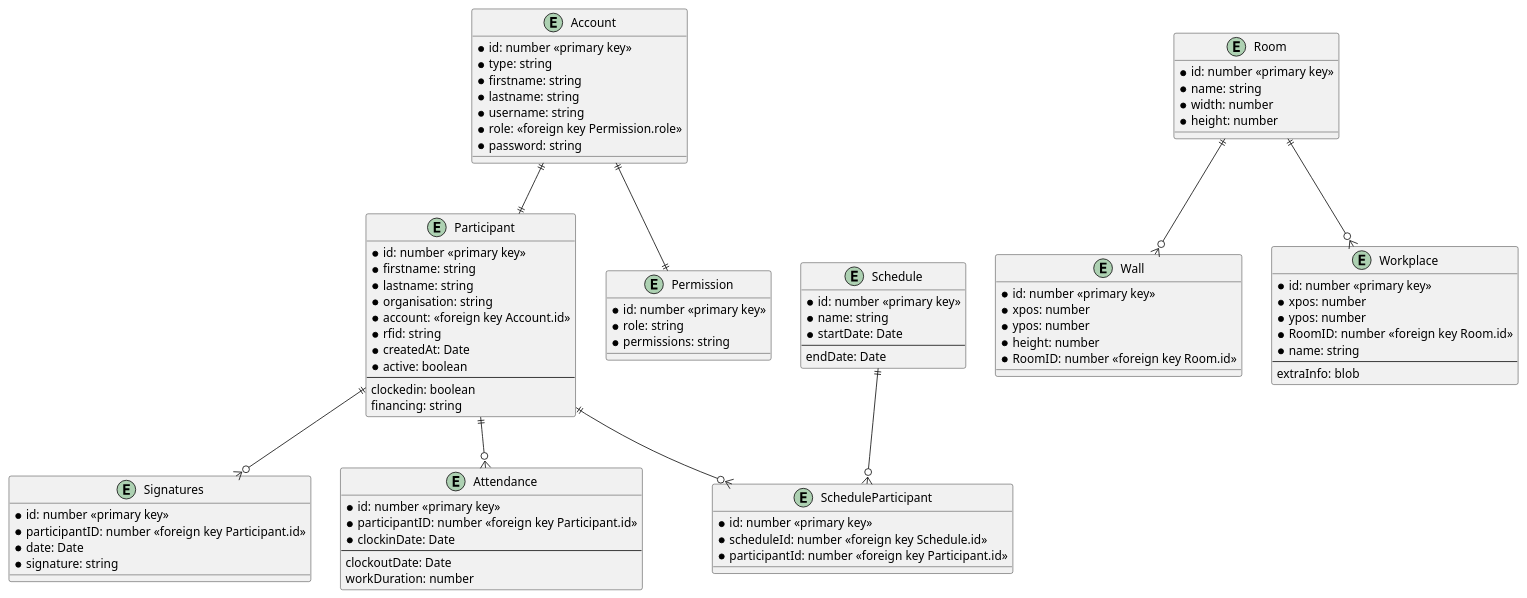
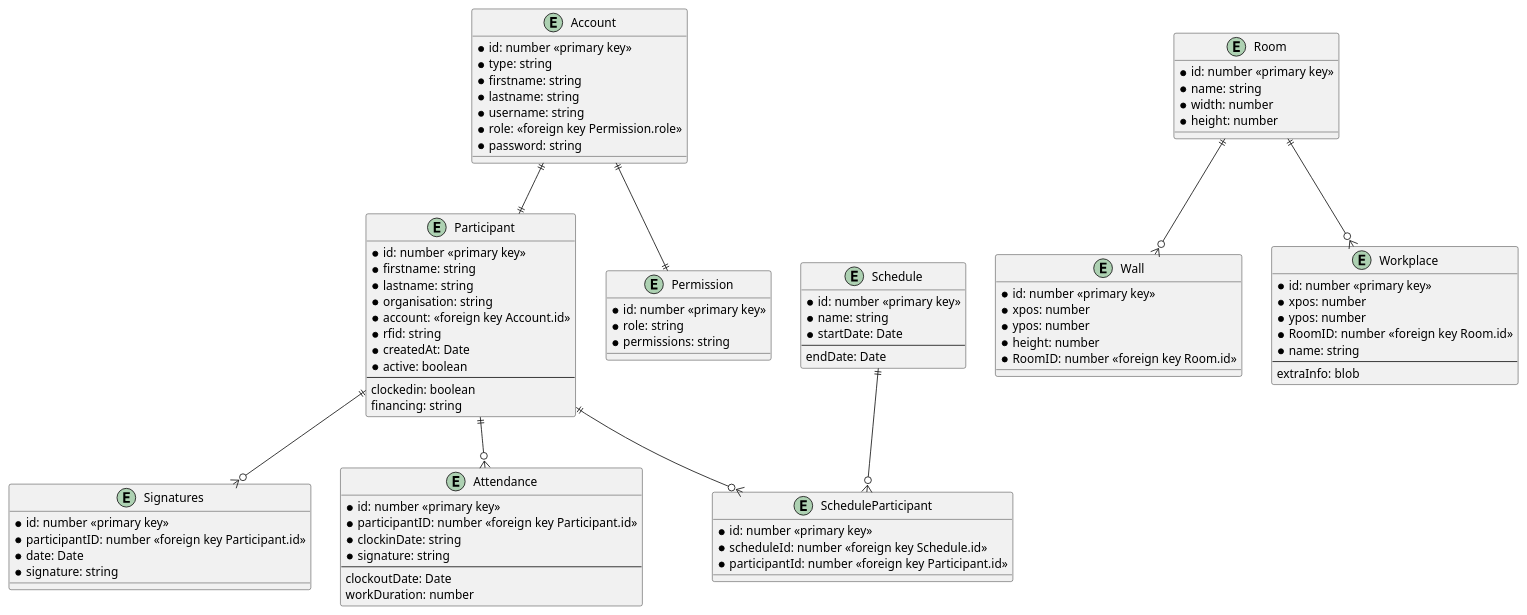
The diagram in documentation/databasemodel.plantuml (BitsEnBytesICT/Bits-Bytes-management-platform), drawn with PlantUML before and after one commit. The commit also changed 2 other files, not shown here.

```diff
--- a/documentation/databasemodel.plantuml
+++ b/documentation/databasemodel.plantuml
@@ -1,96 +1,97 @@
 @startuml
 
 entity Account {
     * id: number <<primary key>>
     * type: string
     * firstname: string
     * lastname: string
     * username: string
     * role: <<foreign key Permission.role>>
     * password: string
 }
 
 entity Participant {
     * id: number <<primary key>>
     * firstname: string
     * lastname: string
     * organisation: string
     * account: <<foreign key Account.id>>
     * rfid: string
     * createdAt: Date
     * active: boolean
     --
     clockedin: boolean
     financing: string
 }
 
 entity Signatures {
     * id: number <<primary key>>
     * participantID: number <<foreign key Participant.id>>
     * date: Date
     * signature: string
 }
 
 entity Attendance {
     * id: number <<primary key>>
     * participantID: number <<foreign key Participant.id>>
-    * clockinDate: Date
+    * clockinDate: string
+    * signature: string
     --
     clockoutDate: Date
     workDuration: number
 }
 
 entity Permission {
     * id: number <<primary key>>
     * role: string
     * permissions: string
 }
 
 entity Room {
     * id: number <<primary key>>
     * name: string
     * width: number
     * height: number
 }
 
 entity Wall {
     * id: number <<primary key>>
     * xpos: number
     * ypos: number
     * height: number
     * RoomID: number <<foreign key Room.id>>
 }
 
 entity Workplace {
     * id: number <<primary key>>
     * xpos: number
     * ypos: number
     * RoomID: number <<foreign key Room.id>>
     * name: string
     --
     extraInfo: blob
 }
 
 entity Schedule {
     * id: number <<primary key>>
     * name: string
     * startDate: Date
     --
     endDate: Date
 }
 
 entity ScheduleParticipant {
     * id: number <<primary key>>
     * scheduleId: number <<foreign key Schedule.id>>
     * participantId: number <<foreign key Participant.id>>
 }
 
 Account ||--|| Permission
 Account ||--|| Participant
 Participant ||--o{ Signatures
 Participant ||--o{ Attendance
 Participant ||--o{ ScheduleParticipant
 Schedule ||--o{ ScheduleParticipant
 Room ||--o{ Wall
 Room ||--o{ Workplace
 @enduml
```
